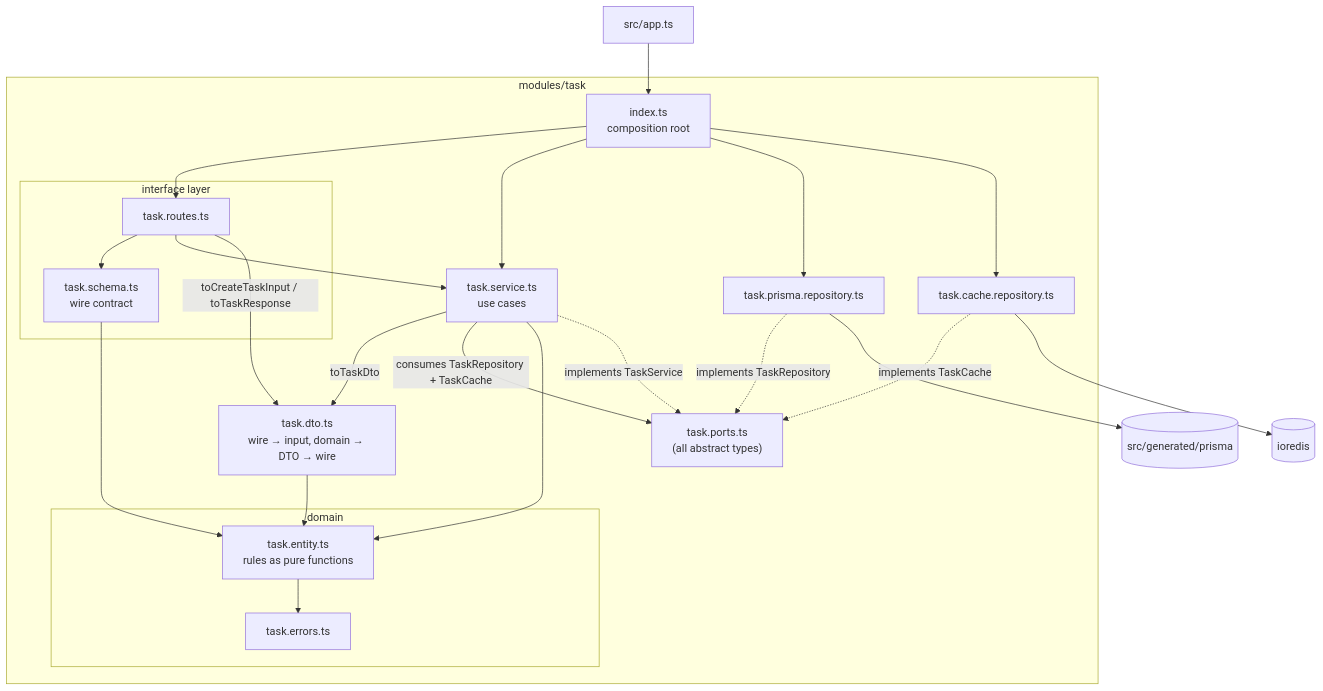
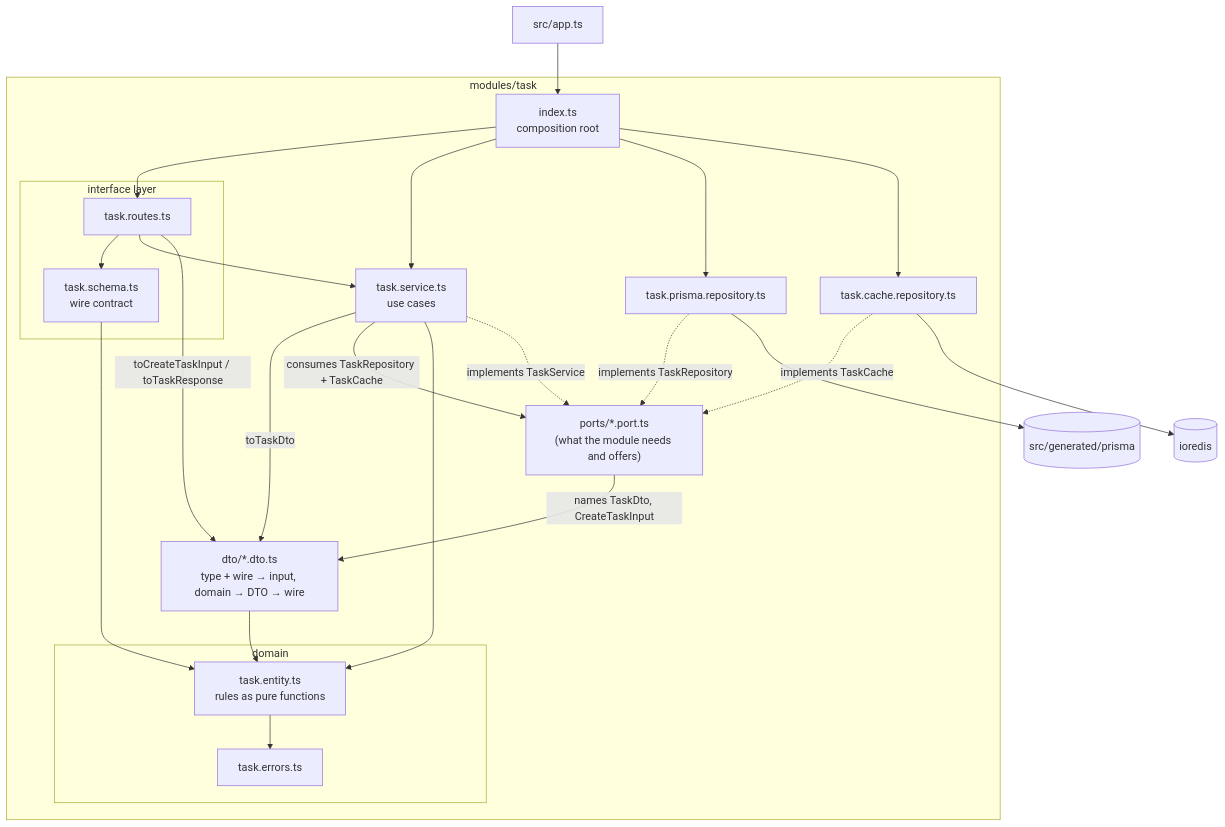
Before and after one commit to Luxlorys/fastify-clean-template: the diagram in ARCHITECTURE.md, drawn with Mermaid. The commit also changed other lines of this file and 50 other files, not shown here.

First line of the commit message:
refactor!: ports/ and dto/ folders per module; external-service adapters as *.<tech>.service.ts

````diff
--- a/ARCHITECTURE.md
+++ b/ARCHITECTURE.md
@@ -37,40 +48,41 @@
 ```mermaid
 flowchart TD
     subgraph module["modules/task"]
         IDX["index.ts<br/>composition root"]
         subgraph interface["interface layer"]
             R["task.routes.ts"]
             SCH["task.schema.ts<br/>wire contract"]
         end
-        DTO["task.dto.ts<br/>wire → input, domain → DTO → wire"]
+        DTO["dto/*.dto.ts<br/>type + wire → input, domain → DTO → wire"]
         SVC["task.service.ts<br/>use cases"]
-        PORT["task.ports.ts<br/>(all abstract types)"]
+        PORT["ports/*.port.ts<br/>(what the module needs and offers)"]
         subgraph domain["domain"]
             E["task.entity.ts<br/>rules as pure functions"]
             ERR["task.errors.ts"]
         end
         DB["task.prisma.repository.ts"]
         CACHE["task.cache.repository.ts"]
     end
     PRISMA[("src/generated/prisma")]
     REDIS[("ioredis")]
     APP["src/app.ts"] --> IDX
     IDX --> R
     IDX --> SVC
     IDX --> DB
     IDX --> CACHE
     R --> SCH
     R --> SVC
     R -->|toCreateTaskInput / toTaskResponse| DTO
     SVC -->|toTaskDto| DTO
     DTO --> E
     SVC -->|consumes TaskRepository + TaskCache| PORT
     SVC --> E
+    PORT -->|names TaskDto, CreateTaskInput| DTO
     SVC -. implements TaskService .-> PORT
     DB -. implements TaskRepository .-> PORT
     CACHE -. implements TaskCache .-> PORT
     DB --> PRISMA
     CACHE --> REDIS
     SCH --> E
     E --> ERR
 ```
````
